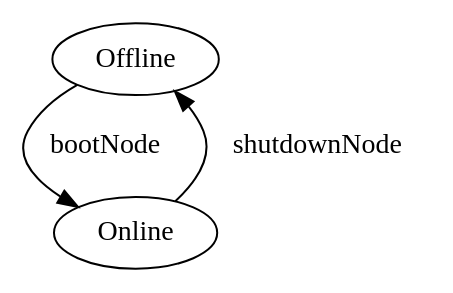
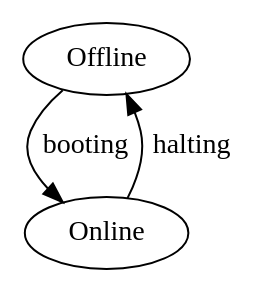
The diagram in doc/nodeLifeCycle.dot (btrplace/scheduler), drawn with Graphviz before and after one commit. The commit also changed 14 other files, not shown here.

```diff
--- a/doc/nodeLifeCycle.dot
+++ b/doc/nodeLifeCycle.dot
@@ -1,8 +1,8 @@
 digraph G{		
 	Offline
 	Online
+
+	Offline -> Online [label="booting"]
 	
-	Offline -> Online [label=" bootNode   ",labeldistance=5, labelangle=0]
-	
-	Online -> Offline [label=" shutdownNode",labeldistance=5, labelangle=-50]
+	Online -> Offline [label="halting"]
 }
```
